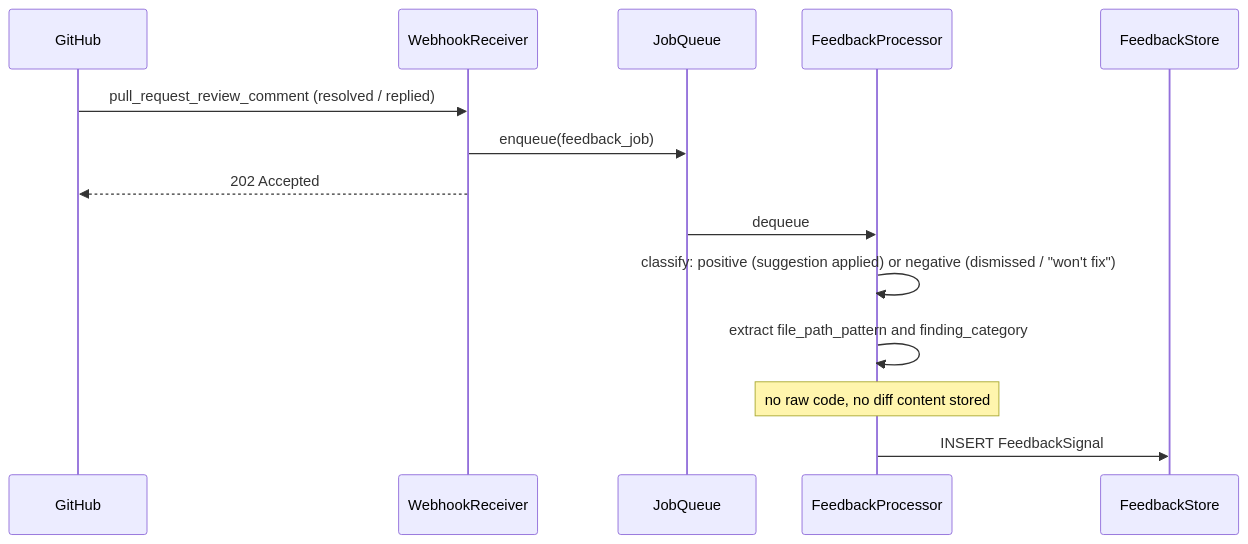
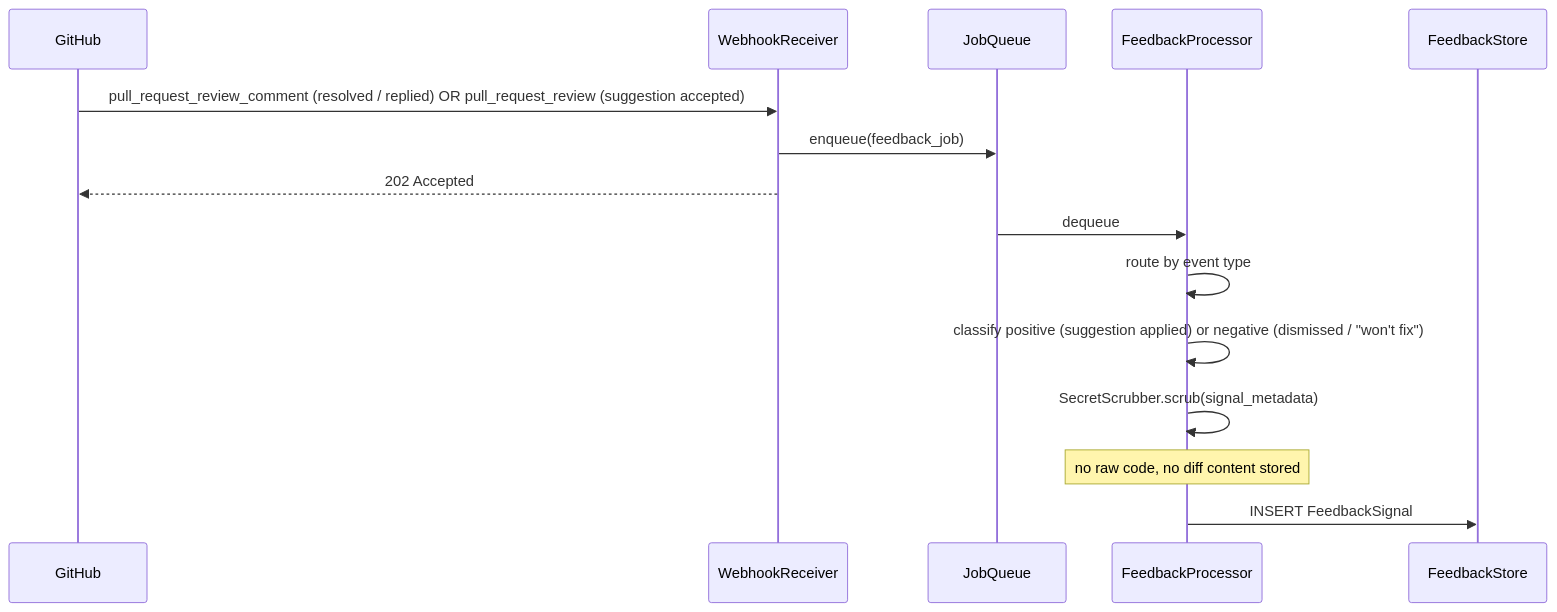
One commit to moonlightbeamer/titanium-engineer-app changed the third of 4 diagrams in .kiro/specs/github-pr-auto-review/design.md. Above: the diagram before and after it, drawn with Mermaid. The commit also changed other lines of this file and 1 other file, not shown here.

````diff
--- a/.kiro/specs/github-pr-auto-review/design.md
+++ b/.kiro/specs/github-pr-auto-review/design.md
@@ -473,18 +622,19 @@
 ```mermaid
 sequenceDiagram
     participant GH as GitHub
     participant WR as WebhookReceiver
     participant Q as JobQueue
     participant FP as FeedbackProcessor
     participant FS as FeedbackStore
 
-    GH->>WR: pull_request_review_comment (resolved / replied)
+    GH->>WR: pull_request_review_comment (resolved / replied) OR pull_request_review (suggestion accepted)
     WR->>Q: enqueue(feedback_job)
     WR-->>GH: 202 Accepted
 
     Q->>FP: dequeue
-    FP->>FP: classify: positive (suggestion applied) or negative (dismissed / "won't fix")
-    FP->>FP: extract file_path_pattern and finding_category
+    FP->>FP: route by event type
+    FP->>FP: classify positive (suggestion applied) or negative (dismissed / "won't fix")
+    FP->>FP: SecretScrubber.scrub(signal_metadata)
     Note over FP: no raw code, no diff content stored
     FP->>FS: INSERT FeedbackSignal
 ```
````
